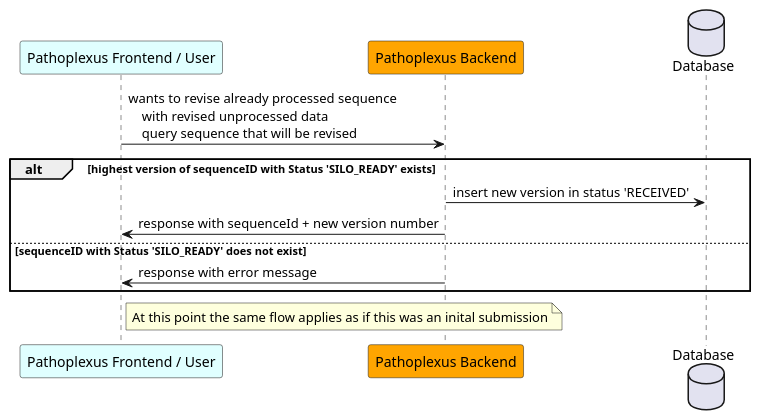
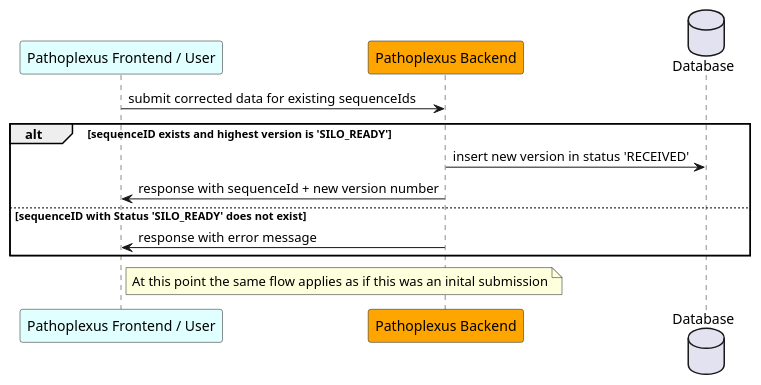
The diagram in backend/docs/plantuml/sequenceRevision.puml (loculus-project/loculus), drawn with PlantUML before and after one commit. The commit also changed 6 other files, not shown here.

```diff
--- a/backend/docs/plantuml/sequenceRevision.puml
+++ b/backend/docs/plantuml/sequenceRevision.puml
@@ -1,21 +1,19 @@
 @startuml
     participant "Pathoplexus Frontend / User" as frontend #LightCyan
     participant "Pathoplexus Backend" as backend #Orange
     database "Database" as DB
 
 
-    frontend -> backend: wants to revise already processed sequence\n\
-    with revised unprocessed data\n\
-    query sequence that will be revised
+    frontend -> backend: submit corrected data for existing sequenceIds
 
-    alt highest version of sequenceID with Status 'SILO_READY' exists
+    alt sequenceID exists and highest version is 'SILO_READY'
         backend -> DB: insert new version in status 'RECEIVED'
     backend -> frontend: response with sequenceId + new version number
     else sequenceID with Status 'SILO_READY' does not exist
         backend -> frontend: response with error message
     end
 
     note right of frontend
         At this point the same flow applies as if this was an inital submission
     end note
 @enduml
```
